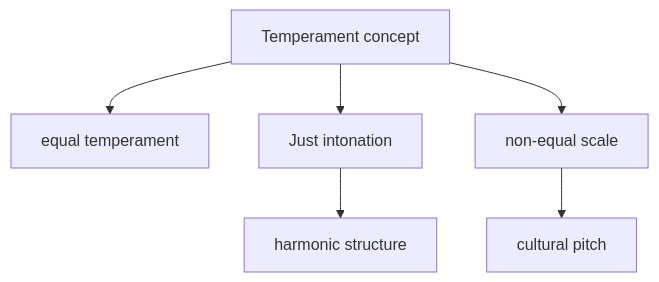
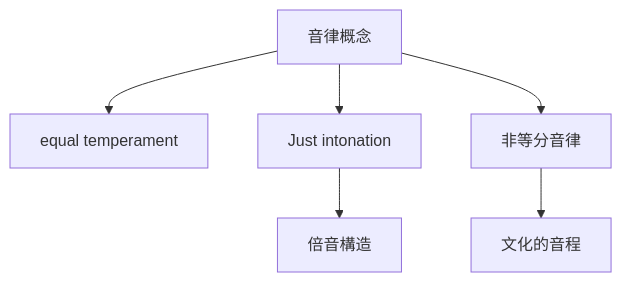
One commit to monumental-movement/monumental-movement.github.io changed the first of 2 diagrams in en/_posts/2025-12-17-column-microtonal-music.md. Above: the diagram before and after it, drawn with Mermaid. The commit also changed other lines of this file and 2196 other files, not shown here.

```diff
--- a/en/_posts/2025-12-17-column-microtonal-music.md
+++ b/en/_posts/2025-12-17-column-microtonal-music.md
@@ -256,8 +256,8 @@
 <div class="mermaid">
 graph TD
-A[Temperament concept] --> B[equal temperament]
+A[音律概念] --> B[equal temperament]
 A --> C[Just intonation]
-A --> D[non-equal scale]
-C --> E[harmonic structure]
-D --> F[cultural pitch]
+A --> D[非等分音律]
+C --> E[倍音構造]
+D --> F[文化的音程]
 </div>
```
